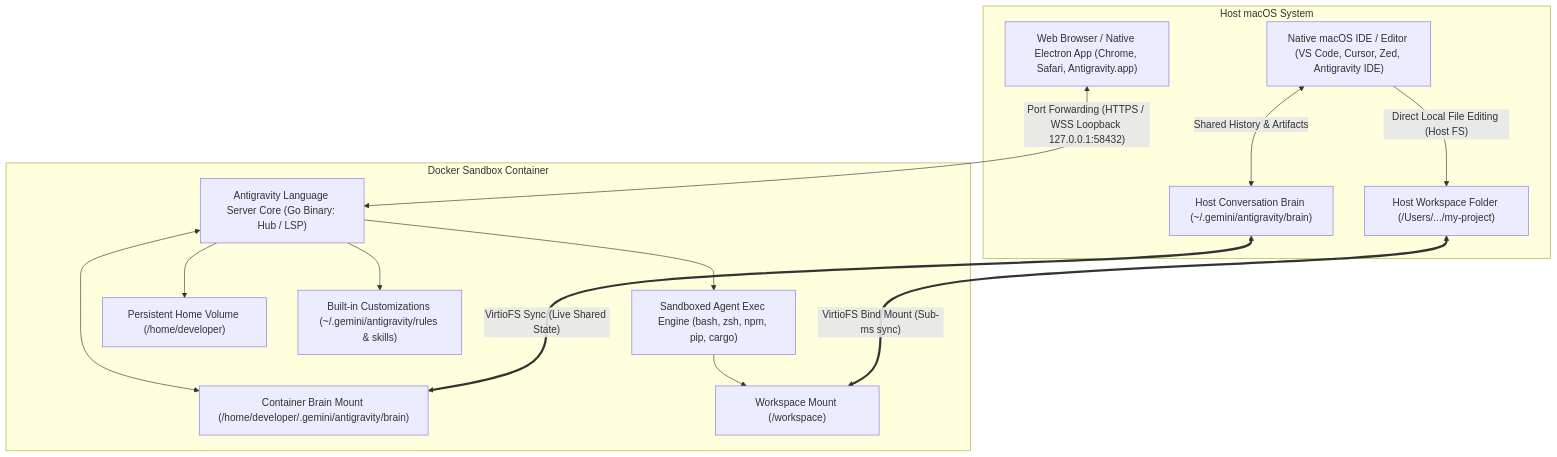
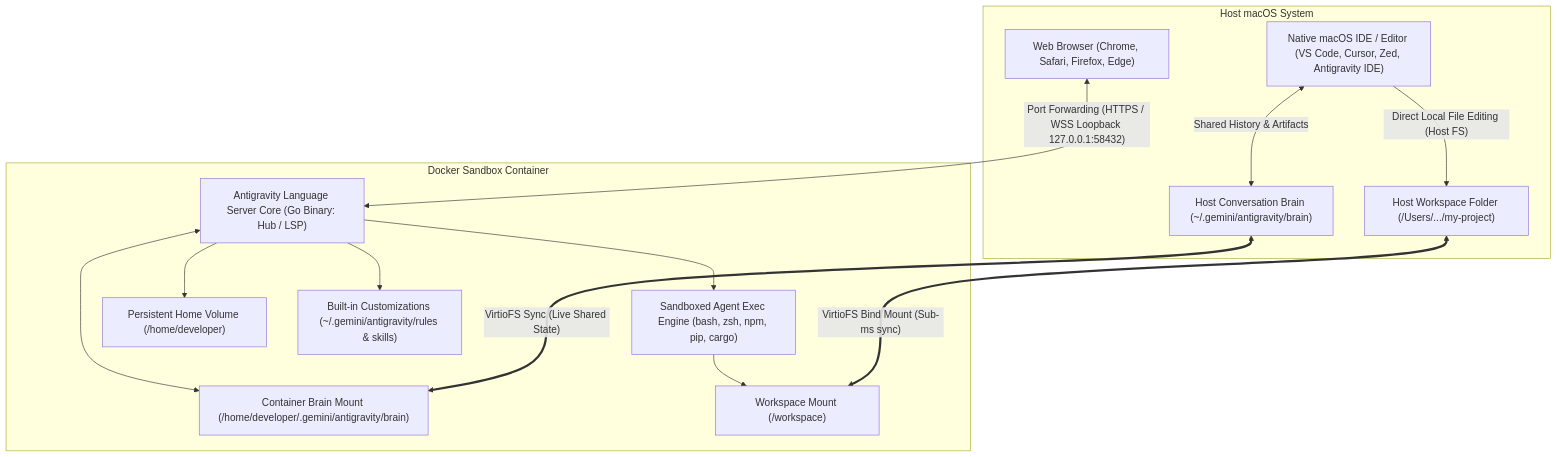
One commit to battery-staple/antigravity-container changed the first of 4 diagrams in design/antigravity_sandbox_architecture.md. Above: the diagram before and after it, drawn with Mermaid. The commit also changed other lines of this file and 3 other files, not shown here.

First line of the commit message:
Remove app command and add ui command to launch Web UI in browser

````diff
--- a/design/antigravity_sandbox_architecture.md
+++ b/design/antigravity_sandbox_architecture.md
@@ -15,30 +15,30 @@
 ```mermaid
 flowchart TB
     subgraph macOS_Host ["Host macOS System"]
         IDE["Native macOS IDE / Editor (VS Code, Cursor, Zed, Antigravity IDE)"]
-        UI["Web Browser / Native Electron App (Chrome, Safari, Antigravity.app)"]
+        UI["Web Browser (Chrome, Safari, Firefox, Edge)"]
         PROJ["Host Workspace Folder (/Users/.../my-project)"]
         HOST_BRAIN["Host Conversation Brain (~/.gemini/antigravity/brain)"]
         IDE -->|"Direct Local File Editing (Host FS)"| PROJ
         IDE <-->|"Shared History & Artifacts"| HOST_BRAIN
     end
 
     subgraph Container_Sandbox ["Docker Sandbox Container"]
         LS["Antigravity Language Server Core (Go Binary: Hub / LSP)"]
         EXEC["Sandboxed Agent Exec Engine (bash, zsh, npm, pip, cargo)"]
         HOME_VOL["Persistent Home Volume (/home/developer)"]
         CTR_BRAIN["Container Brain Mount (/home/developer/.gemini/antigravity/brain)"]
         WS["Workspace Mount (/workspace)"]
         CUSTOM["Built-in Customizations (~/.gemini/antigravity/rules & skills)"]
 
         LS --> EXEC
         LS --> HOME_VOL
         LS <--> CTR_BRAIN
         LS --> CUSTOM
         EXEC --> WS
     end
 
     UI <-->|"Port Forwarding (HTTPS / WSS Loopback 127.0.0.1:58432)"| LS
     PROJ <===>|"VirtioFS Bind Mount (Sub-ms sync)"| WS
     HOST_BRAIN <===>|"VirtioFS Sync (Live Shared State)"| CTR_BRAIN
 ```
````
